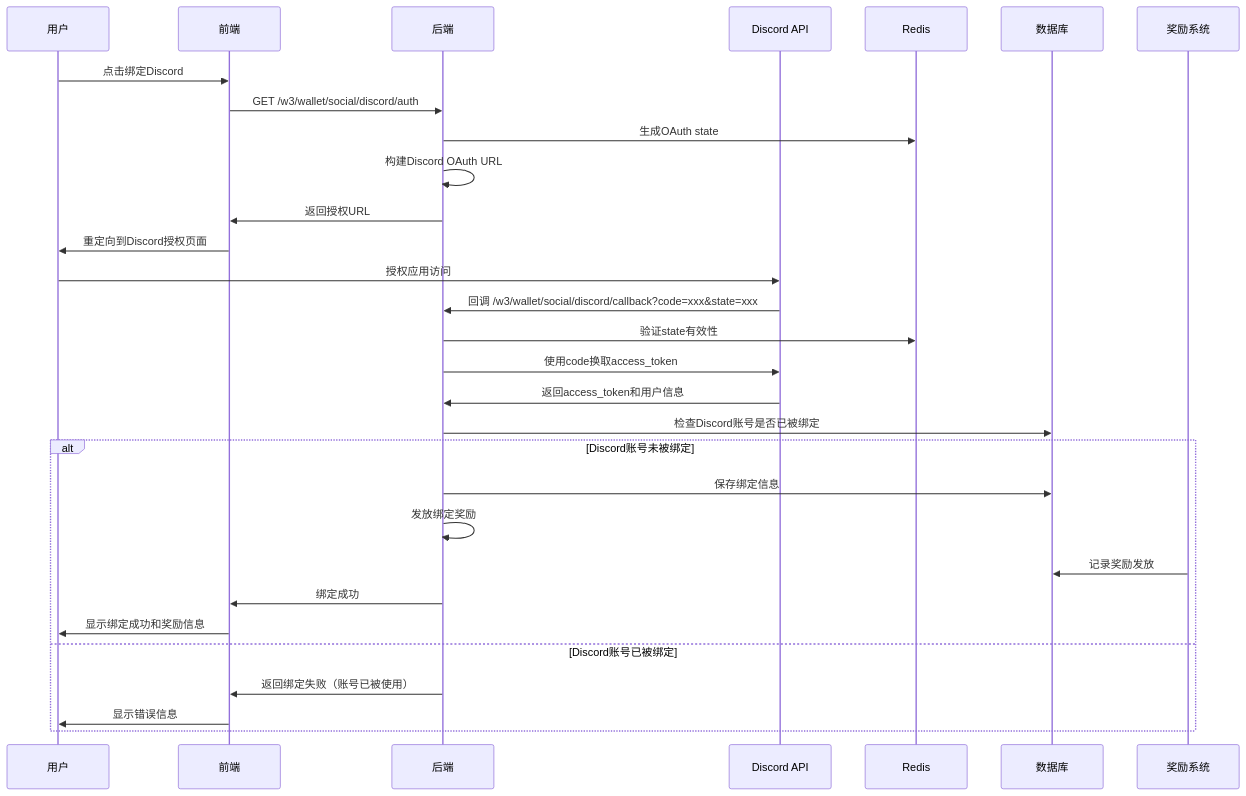
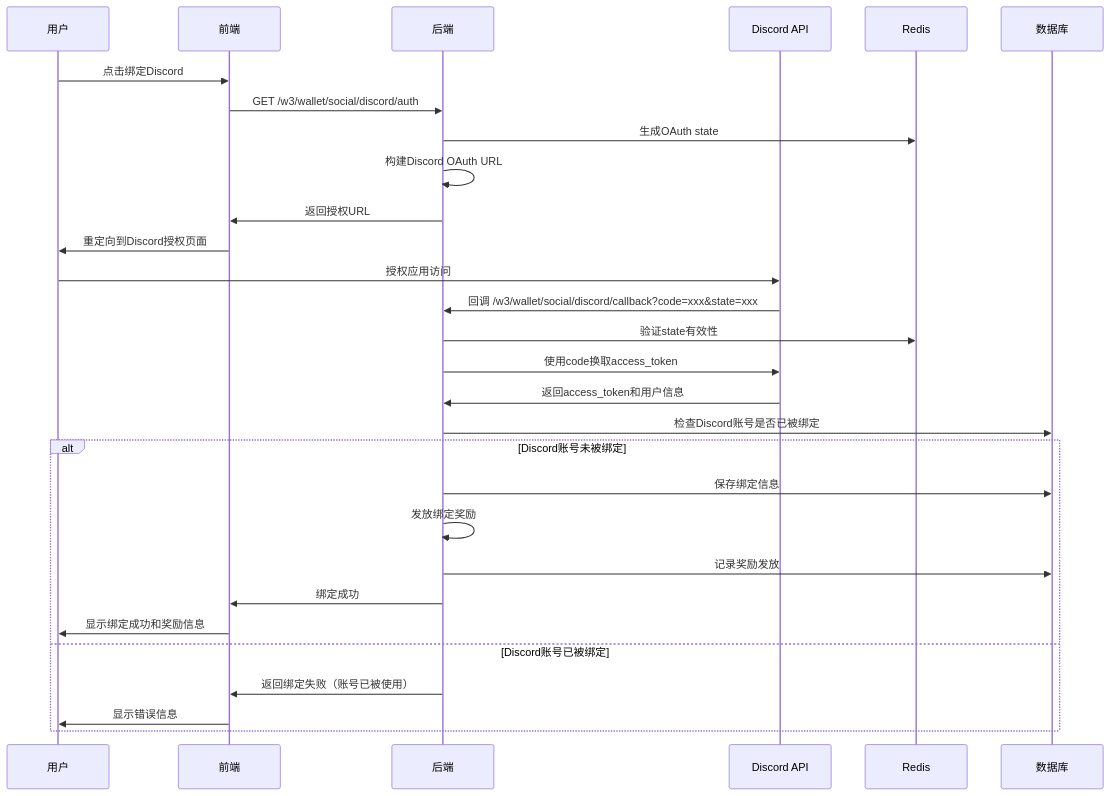
The diagram in all/未命名-71.md (yingjianzh/iodraw-files), drawn with Mermaid before and after one commit.

Commit message:
2025-07-03 16:22:26 update

````diff
--- a/all/未命名-71.md
+++ b/all/未命名-71.md
@@ -1,35 +1,34 @@
 ```mermaid
 sequenceDiagram
     participant User as 用户
     participant Frontend as 前端
     participant Backend as 后端
     participant Discord as Discord API
     participant Redis as Redis
     participant DB as 数据库
-    participant Reward as 奖励系统
 
     User->>Frontend: 点击绑定Discord
     Frontend->>Backend: GET /w3/wallet/social/discord/auth
     Backend->>Redis: 生成OAuth state
     Backend->>Backend: 构建Discord OAuth URL
     Backend->>Frontend: 返回授权URL
     Frontend->>User: 重定向到Discord授权页面
     
     User->>Discord: 授权应用访问
     Discord->>Backend: 回调 /w3/wallet/social/discord/callback?code=xxx&state=xxx
     Backend->>Redis: 验证state有效性
     Backend->>Discord: 使用code换取access_token
     Discord->>Backend: 返回access_token和用户信息
     Backend->>DB: 检查Discord账号是否已被绑定
     
     alt Discord账号未被绑定
         Backend->>DB: 保存绑定信息
         Backend->>Backend: 发放绑定奖励
-        Reward->>DB: 记录奖励发放
+        Backend->>DB: 记录奖励发放
         Backend->>Frontend: 绑定成功
         Frontend->>User: 显示绑定成功和奖励信息
     else Discord账号已被绑定
         Backend->>Frontend: 返回绑定失败（账号已被使用）
         Frontend->>User: 显示错误信息
     end
 ```
````
